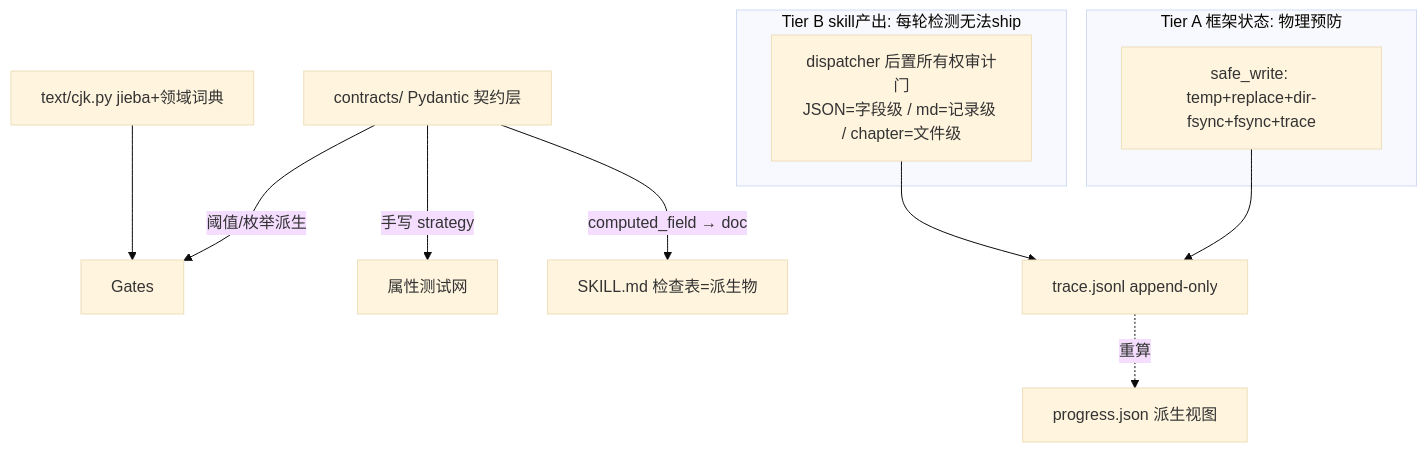
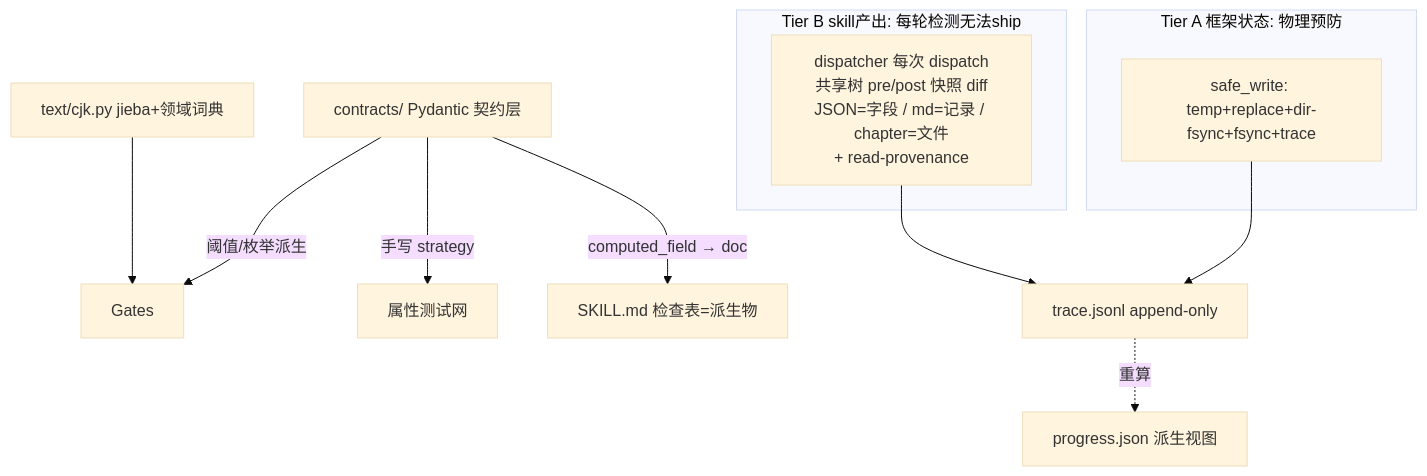
Before and after one commit to ThomasChangX/shenbi: the diagram in docs/superpowers/specs/2026-06-29-contract-single-source-design.md, drawn with Mermaid (base theme). The commit also changed other lines of this file, not shown here.

````diff
--- a/docs/superpowers/specs/2026-06-29-contract-single-source-design.md
+++ b/docs/superpowers/specs/2026-06-29-contract-single-source-design.md
@@ -89,18 +87,18 @@
 ```mermaid
 flowchart TB
     CT["contracts/ Pydantic 契约层"]
     CT -->|"阈值/枚举派生"| GATES["Gates"]
     CT -->|"手写 strategy"| PROP["属性测试网"]
     CT -->|"computed_field → doc"| SKILL["SKILL.md 检查表=派生物"]
     TRACE["trace.jsonl append-only"]
     subgraph TierA["Tier A 框架状态: 物理预防"]
       SW["safe_write: temp+replace+dir-fsync+fsync+trace"]
     end
     subgraph TierB["Tier B skill产出: 每轮检测无法ship"]
-      OA["dispatcher 后置所有权审计门<br/>JSON=字段级 / md=记录级 / chapter=文件级"]
+      OA["dispatcher 每次 dispatch<br/>共享树 pre/post 快照 diff<br/>JSON=字段 / md=记录 / chapter=文件<br/>+ read-provenance"]
     end
     TRACE -.->|"重算"| PROG["progress.json 派生视图"]
     SW --> TRACE
     OA --> TRACE
     CJK["text/cjk.py jieba+领域词典"] --> GATES
 ```
````
